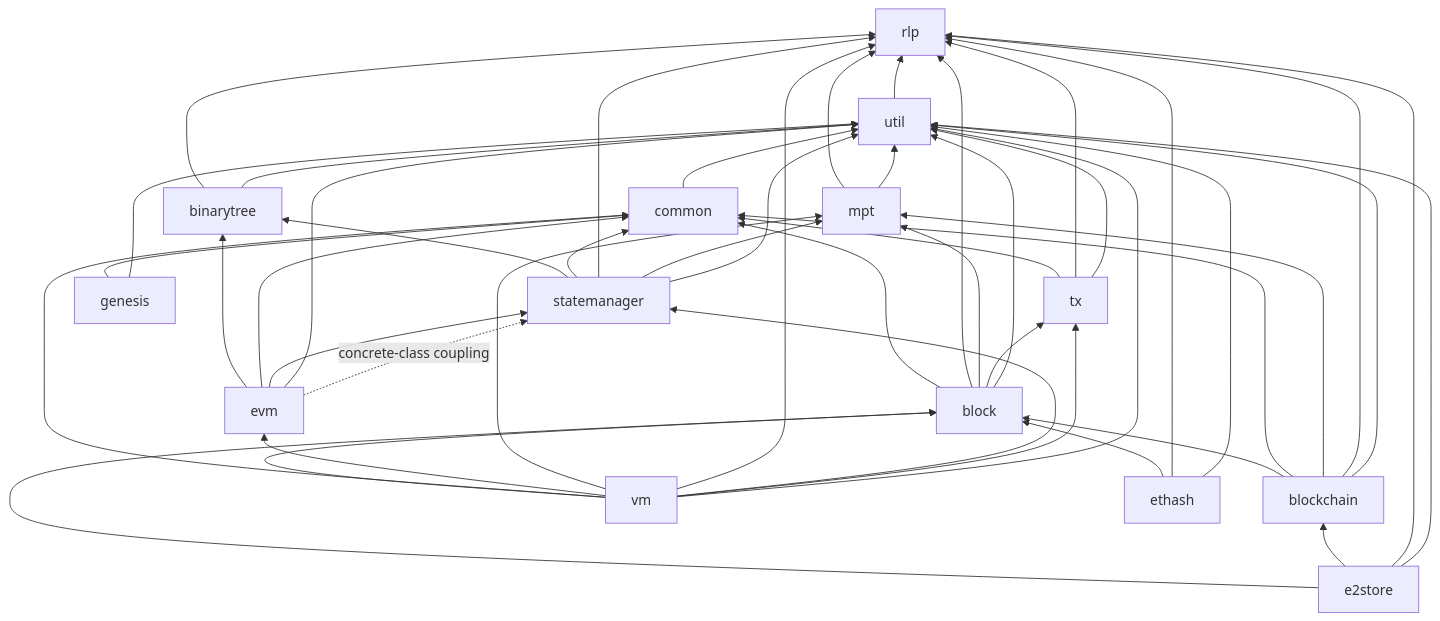
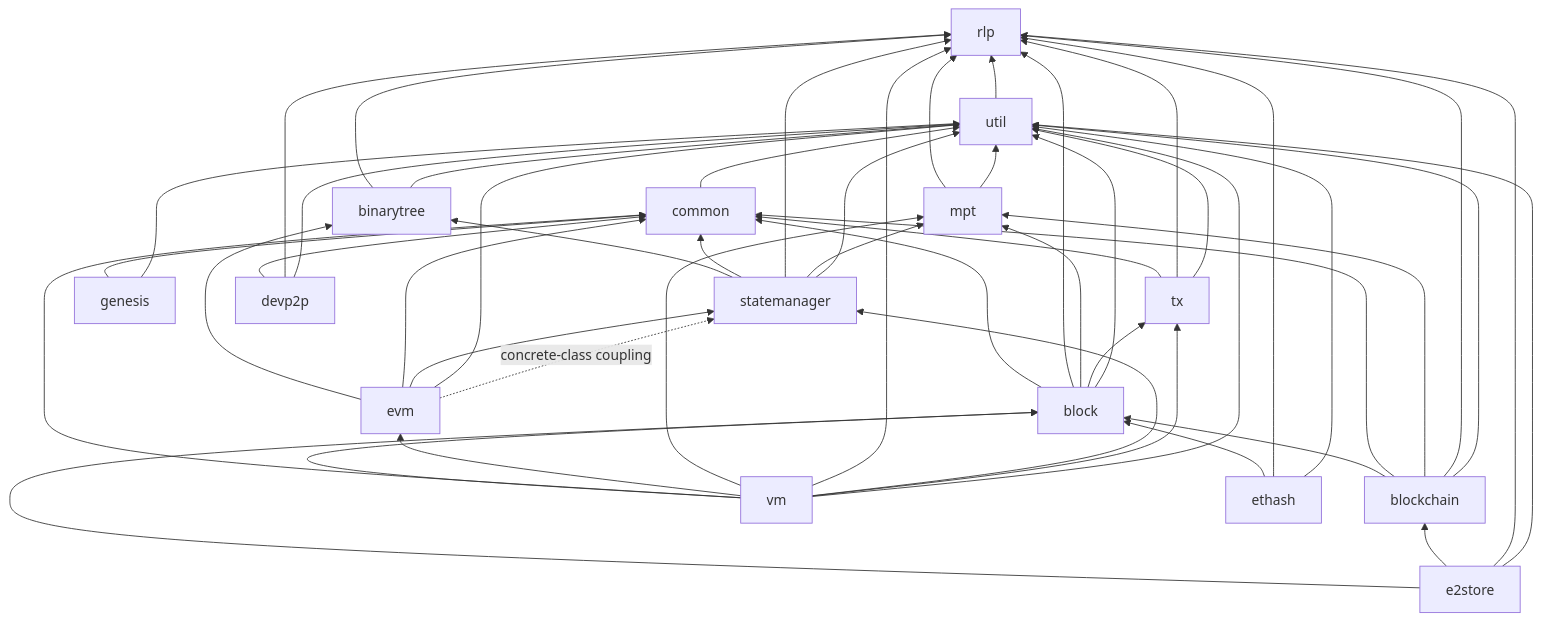
Before and after one commit to ethereumjs/ethereumjs-monorepo: the diagram in ARCHITECTURE.md, drawn with Mermaid. The commit also changed other lines of this file and 254 other files, not shown here.

````diff
--- a/ARCHITECTURE.md
+++ b/ARCHITECTURE.md
@@ -52,19 +52,20 @@
 ```mermaid
 flowchart BT
   rlp
   util --> rlp
   common --> util
   mpt --> rlp & util
   binarytree --> rlp & util
   tx --> common & rlp & util
   genesis --> common & util
   block --> common & rlp & mpt & tx & util
   blockchain --> block & common & mpt & rlp & util
   statemanager --> binarytree & common & rlp & mpt & util
   evm --> binarytree & common & statemanager & util
   vm --> block & common & evm & mpt & rlp & statemanager & tx & util
+  devp2p --> common & rlp & util
   e2store --> block & blockchain & rlp & util
   ethash --> block & rlp & util
 
   evm -. concrete-class coupling .-> statemanager
 ```
````
